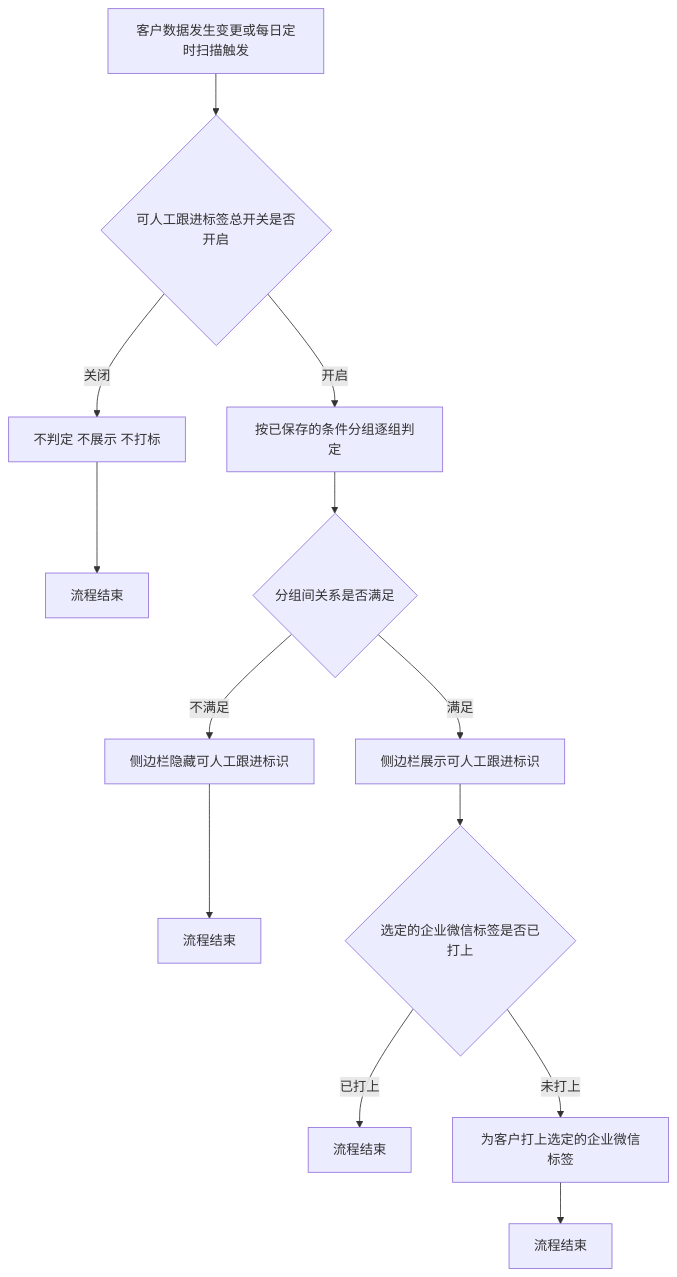
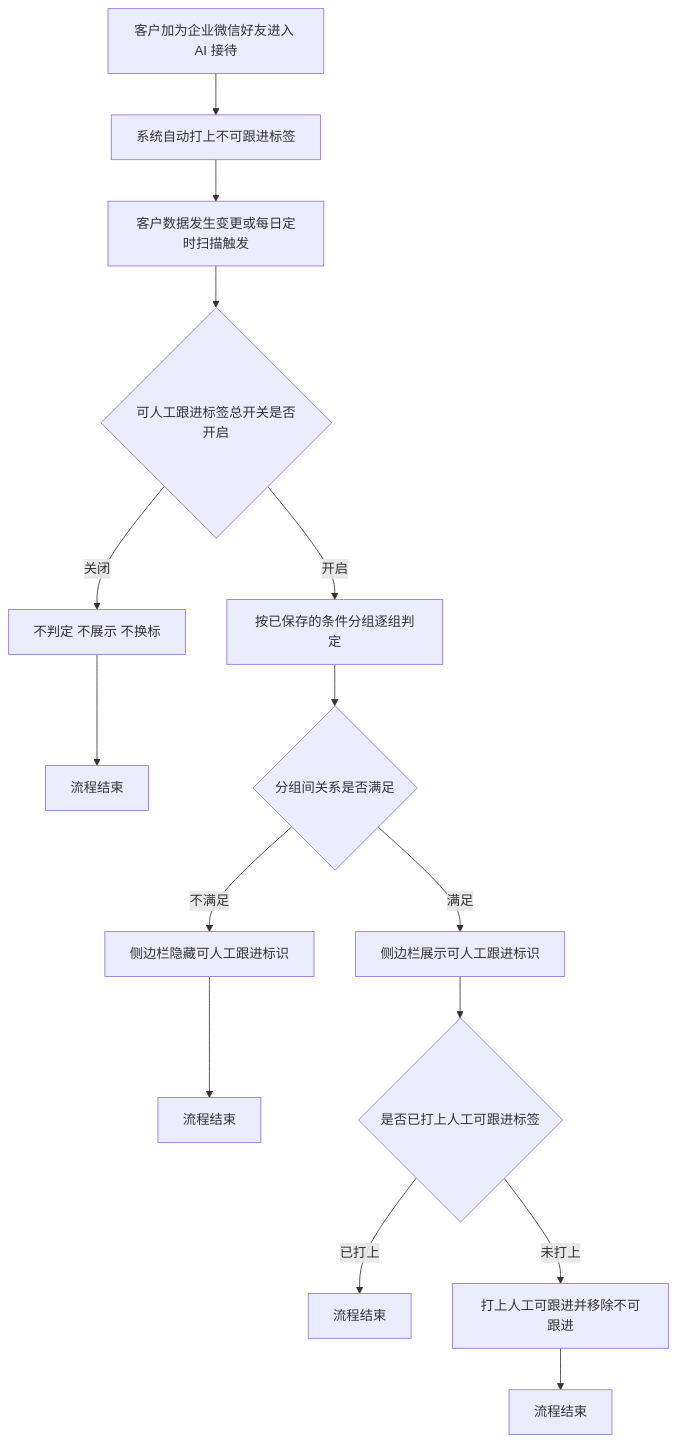
One commit to Leo-ai05/prototypes changed the first of 2 diagrams in 可人工跟进标签条件自定义配置/PRD-可人工跟进标签条件自定义配置.md. Above: the diagram before and after it, drawn with Mermaid. The commit also changed other lines of this file and 10 other files, not shown here.

````diff
--- a/可人工跟进标签条件自定义配置/PRD-可人工跟进标签条件自定义配置.md
+++ b/可人工跟进标签条件自定义配置/PRD-可人工跟进标签条件自定义配置.md
@@ -42,15 +46,17 @@
 ```mermaid
 flowchart TD
-    A[客户数据发生变更或每日定时扫描触发] --> B{可人工跟进标签总开关是否开启}
-    B -->|关闭| C[不判定 不展示 不打标]
-    C --> E1[流程结束]
-    B -->|开启| D[按已保存的条件分组逐组判定]
-    D --> F{分组间关系是否满足}
-    F -->|不满足| G[侧边栏隐藏可人工跟进标识]
-    G --> E2[流程结束]
-    F -->|满足| H[侧边栏展示可人工跟进标识]
-    H --> I{选定的企业微信标签是否已打上}
-    I -->|已打上| E3[流程结束]
-    I -->|未打上| J[为客户打上选定的企业微信标签]
-    J --> E4[流程结束]
+    A[客户加为企业微信好友进入 AI 接待] --> B[系统自动打上不可跟进标签]
+    B --> C[客户数据发生变更或每日定时扫描触发]
+    C --> D{可人工跟进标签总开关是否开启}
+    D -->|关闭| E[不判定 不展示 不换标]
+    E --> Z1[流程结束]
+    D -->|开启| F[按已保存的条件分组逐组判定]
+    F --> G{分组间关系是否满足}
+    G -->|不满足| H[侧边栏隐藏可人工跟进标识]
+    H --> Z2[流程结束]
+    G -->|满足| I[侧边栏展示可人工跟进标识]
+    I --> J{是否已打上人工可跟进标签}
+    J -->|已打上| Z3[流程结束]
+    J -->|未打上| K[打上人工可跟进并移除不可跟进]
+    K --> Z4[流程结束]
 ```
````
